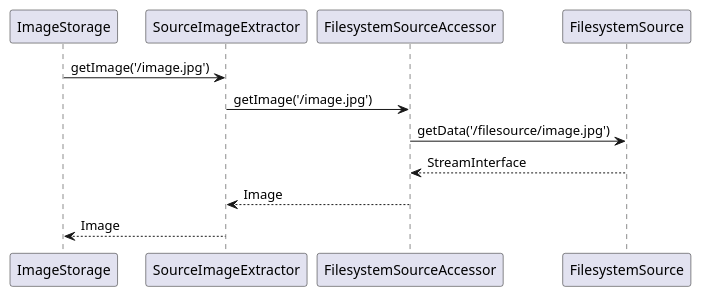
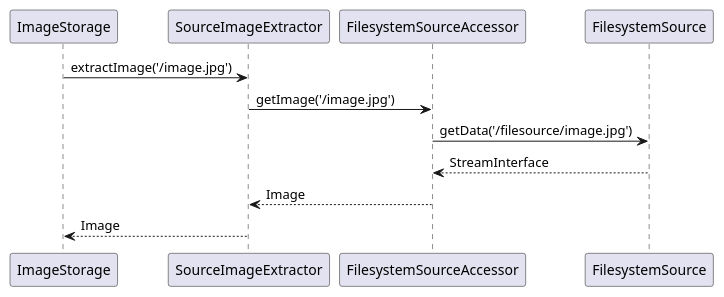
The diagram in docs/uml/source-extractor-and-filesystem-storage.puml (strider2038/image-cache), drawn with PlantUML before and after one commit. The commit also changed 17 other files, not shown here.

```diff
--- a/docs/uml/source-extractor-and-filesystem-storage.puml
+++ b/docs/uml/source-extractor-and-filesystem-storage.puml
@@ -1,10 +1,10 @@
 @startuml
 
-ImageStorage -> SourceImageExtractor: getImage('/image.jpg')
+ImageStorage -> SourceImageExtractor: extractImage('/image.jpg')
 SourceImageExtractor -> FilesystemSourceAccessor: getImage('/image.jpg')
 FilesystemSourceAccessor -> FilesystemSource: getData('/filesource/image.jpg')
 FilesystemSourceAccessor <-- FilesystemSource: StreamInterface
 SourceImageExtractor <-- FilesystemSourceAccessor: Image
 ImageStorage <-- SourceImageExtractor: Image
 
 @enduml
```
